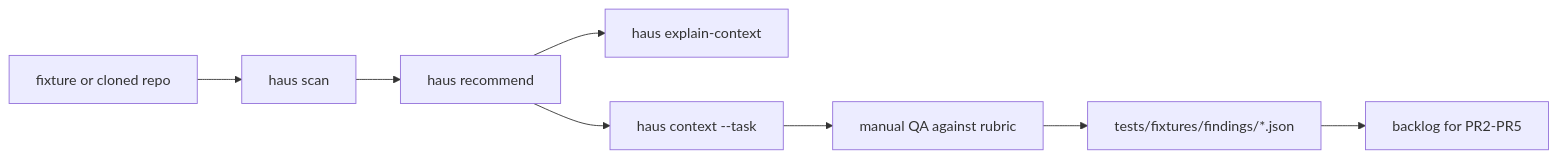
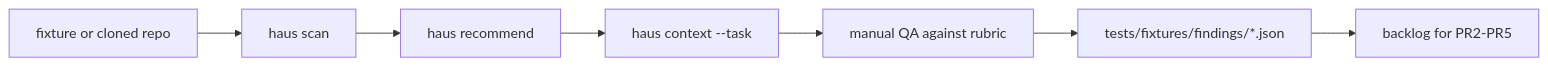
Before and after one commit to WeAreHausTech/haus-workflow: the diagram in docs/validation.md, drawn with Mermaid. The commit also changed other lines of this file and 8 other files, not shown here.

````diff
--- a/docs/validation.md
+++ b/docs/validation.md
@@ -19,10 +19,9 @@
 ```mermaid
 flowchart LR
     repo[fixture or cloned repo] --> scan[haus scan]
     scan --> recommend[haus recommend]
-    recommend --> explain[haus explain-context]
     recommend --> context[haus context --task]
     context --> qa[manual QA against rubric]
     qa --> finding[tests/fixtures/findings/*.json]
     finding --> backlog[backlog for PR2-PR5]
 ```
````
